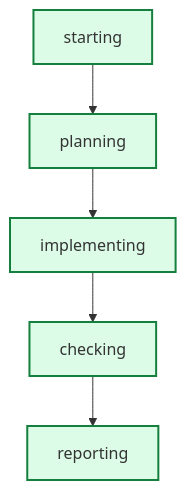
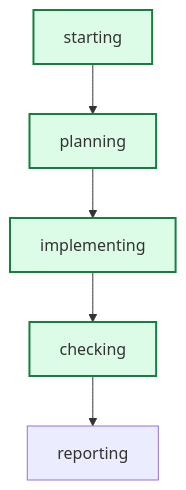
The diagram in latest/graph.mmd (daniell0gda/hermes-feature-check-dashboard), drawn with Mermaid before and after one commit. The commit also changed 37 other files, not shown here.

```diff
--- a/latest/graph.mmd
+++ b/latest/graph.mmd
@@ -1,14 +1,13 @@
 graph TD
     starting --> planning
     planning --> implementing
     implementing --> checking
     checking --> reporting
 
 classDef done fill:#dcfce7,stroke:#15803d,stroke-width:2px;
 classDef active fill:#dbeafe,stroke:#2563eb,stroke-width:3px;
 classDef failed fill:#fee2e2,stroke:#b42318,stroke-width:2px;
-class starting done;
-class reporting done;
+class checking done;
 class planning done;
 class implementing done;
-class checking done;
+class starting done;
```
